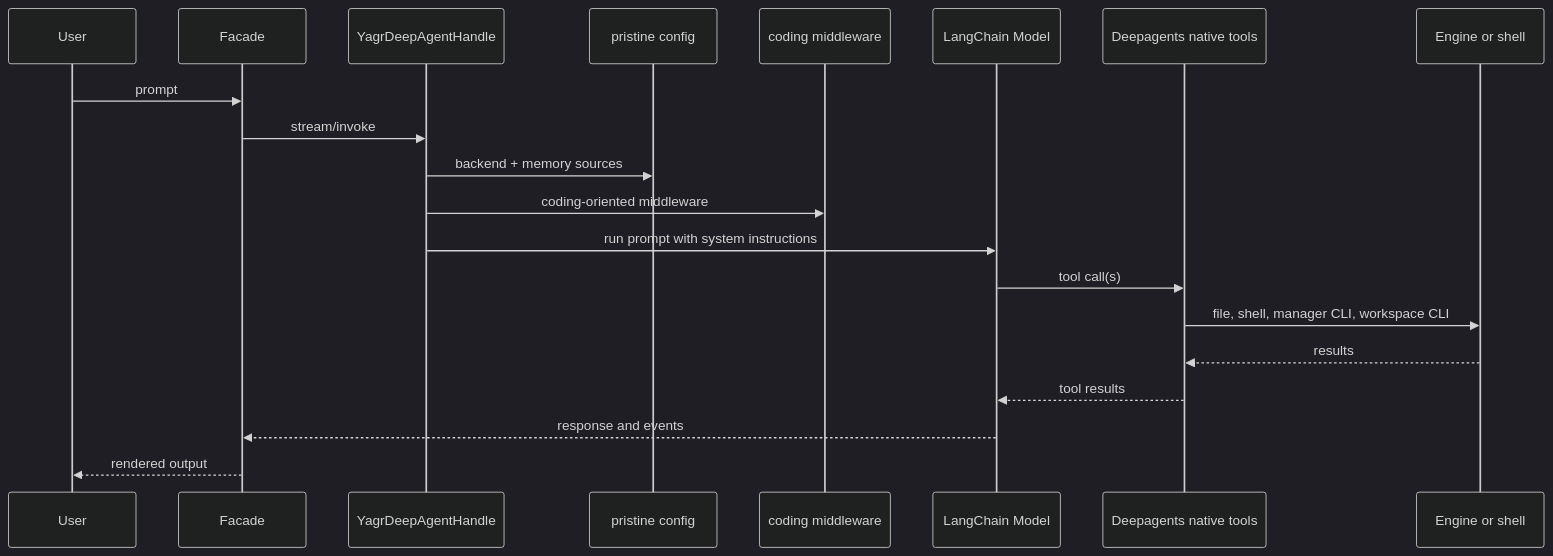
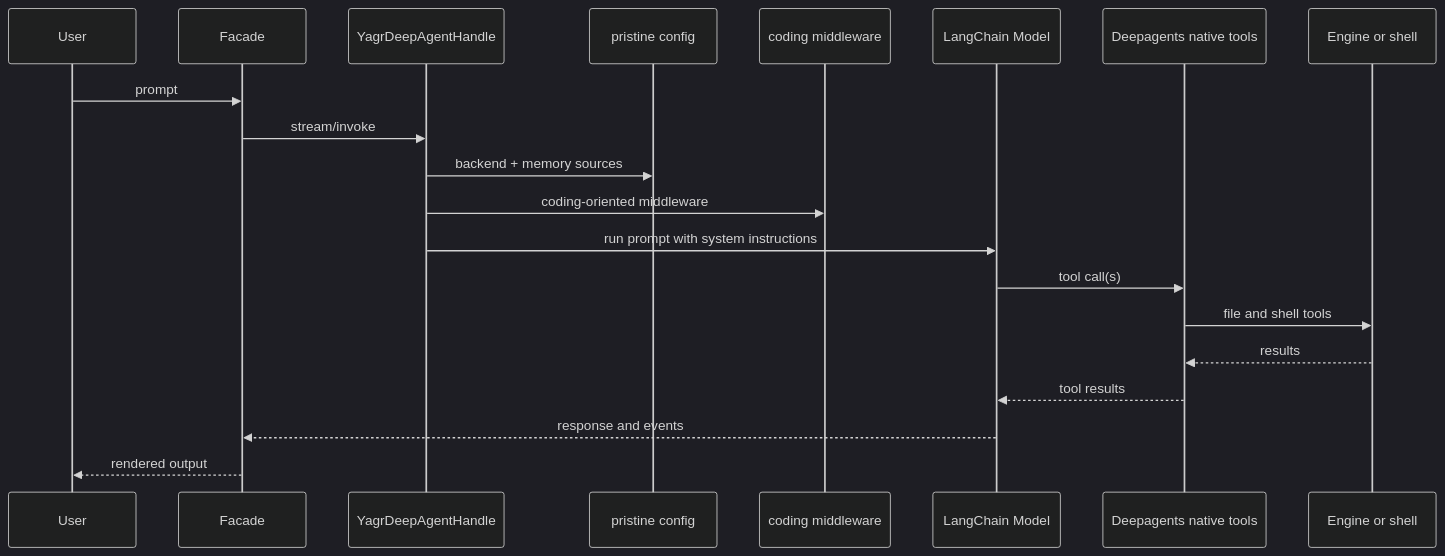
The first of 8 diagrams in architecture/current/runtime-flows.md (EtienneLescot/yagr), drawn with Mermaid (dark theme) before and after one commit. The commit also changed other lines of this file and 127 other files, not shown here.

````diff
--- a/architecture/current/runtime-flows.md
+++ b/architecture/current/runtime-flows.md
@@ -7,23 +7,23 @@
 ```mermaid
 sequenceDiagram
     participant U as User
     participant F as Facade
     participant H as YagrDeepAgentHandle
     participant P as pristine config
     participant C as coding middleware
     participant M as LangChain Model
     participant T as Deepagents native tools
     participant E as Engine or shell
 
     U->>F: prompt
     F->>H: stream/invoke
     H->>P: backend + memory sources
     H->>C: coding-oriented middleware
     H->>M: run prompt with system instructions
     M->>T: tool call(s)
-    T->>E: file, shell, manager CLI, workspace CLI
+    T->>E: file and shell tools
     E-->>T: results
     T-->>M: tool results
     M-->>F: response and events
     F-->>U: rendered output
 ```
````
